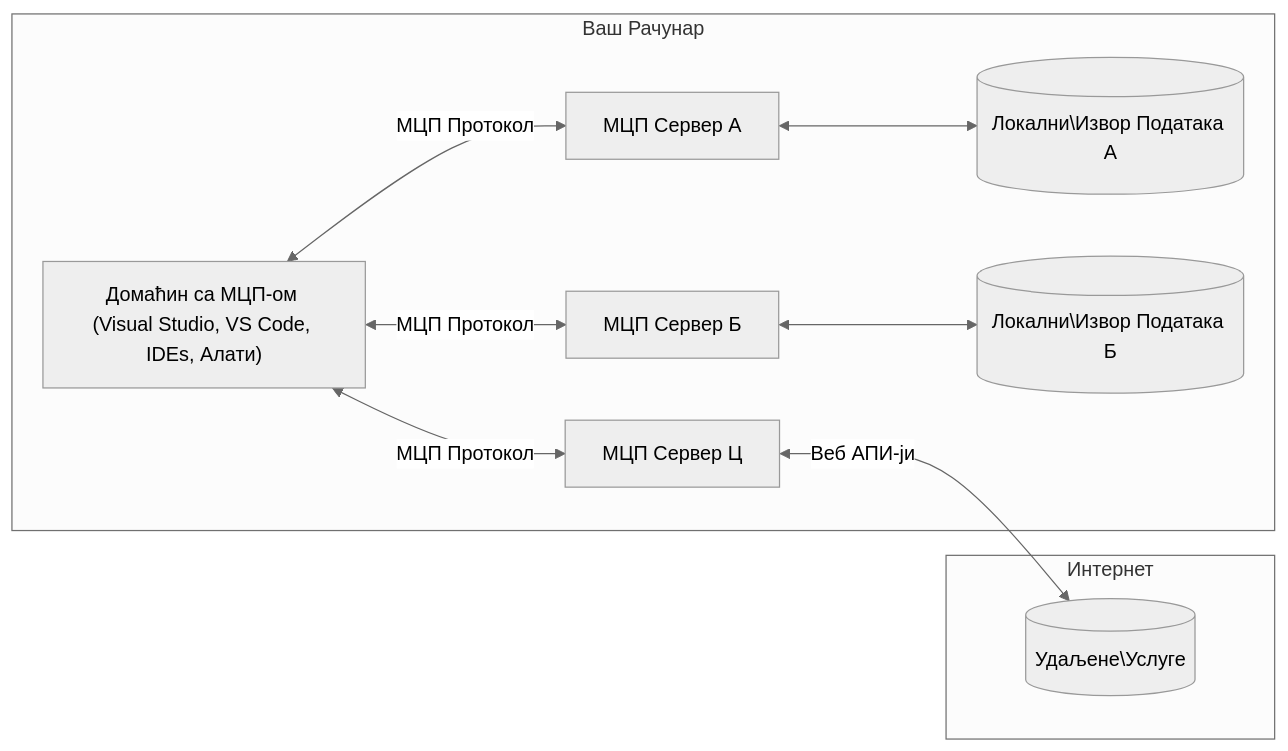
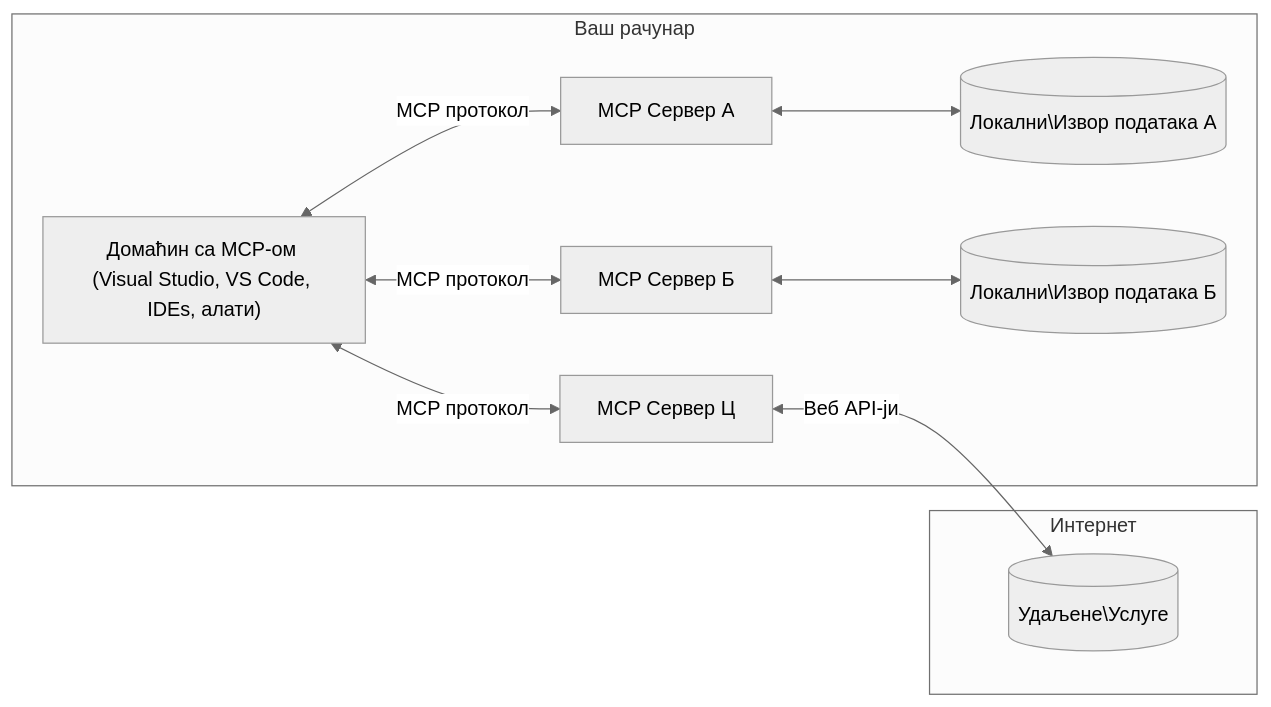
Before and after one commit to Mu-L/mcp-for-beginners: the diagram in translations/sr/01-CoreConcepts/README.md, drawn with Mermaid (neutral theme). The commit also changed other lines of this file and 5 other files, not shown here.

````diff
--- a/translations/sr/01-CoreConcepts/README.md
+++ b/translations/sr/01-CoreConcepts/README.md
@@ -45,17 +45,17 @@
 ```mermaid
 flowchart LR
-    subgraph "Ваш Рачунар"
-        Host["Домаћин са МЦП-ом (Visual Studio, VS Code, IDEs, Алати)"]
-        S1["МЦП Сервер А"]
-        S2["МЦП Сервер Б"]
-        S3["МЦП Сервер Ц"]
-        Host <-->|"МЦП Протокол"| S1
-        Host <-->|"МЦП Протокол"| S2
-        Host <-->|"МЦП Протокол"| S3
-        S1 <--> D1[("Локални\Извор Података А")]
-        S2 <--> D2[("Локални\Извор Података Б")]
+    subgraph "Ваш рачунар"
+        Host["Домаћин са MCP-ом (Visual Studio, VS Code, IDEs, алати)"]
+        S1["MCP Сервер А"]
+        S2["MCP Сервер Б"]
+        S3["MCP Сервер Ц"]
+        Host <-->|"MCP протокол"| S1
+        Host <-->|"MCP протокол"| S2
+        Host <-->|"MCP протокол"| S3
+        S1 <--> D1[("Локални\Извор података А")]
+        S2 <--> D2[("Локални\Извор података Б")]
     end
     subgraph "Интернет"
-        S3 <-->|"Веб АПИ-ји"| D3[("Удаљене\Услуге")]
+        S3 <-->|"Веб API-ји"| D3[("Удаљене\Услуге")]
     end
 ```
````
